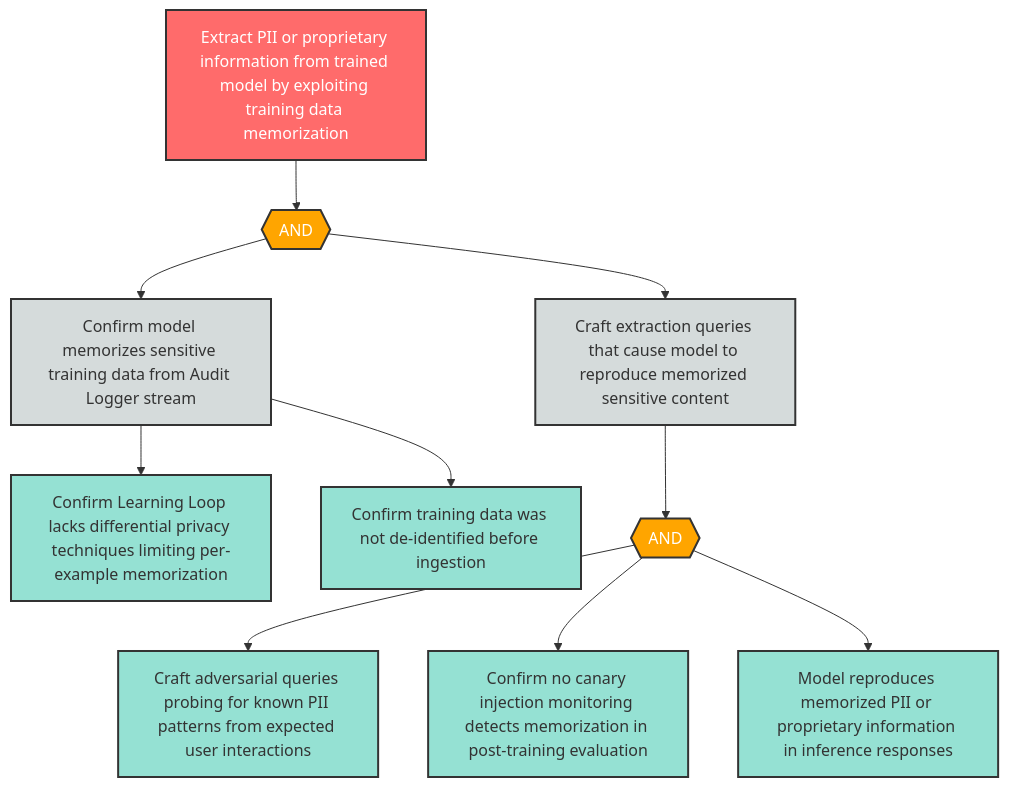
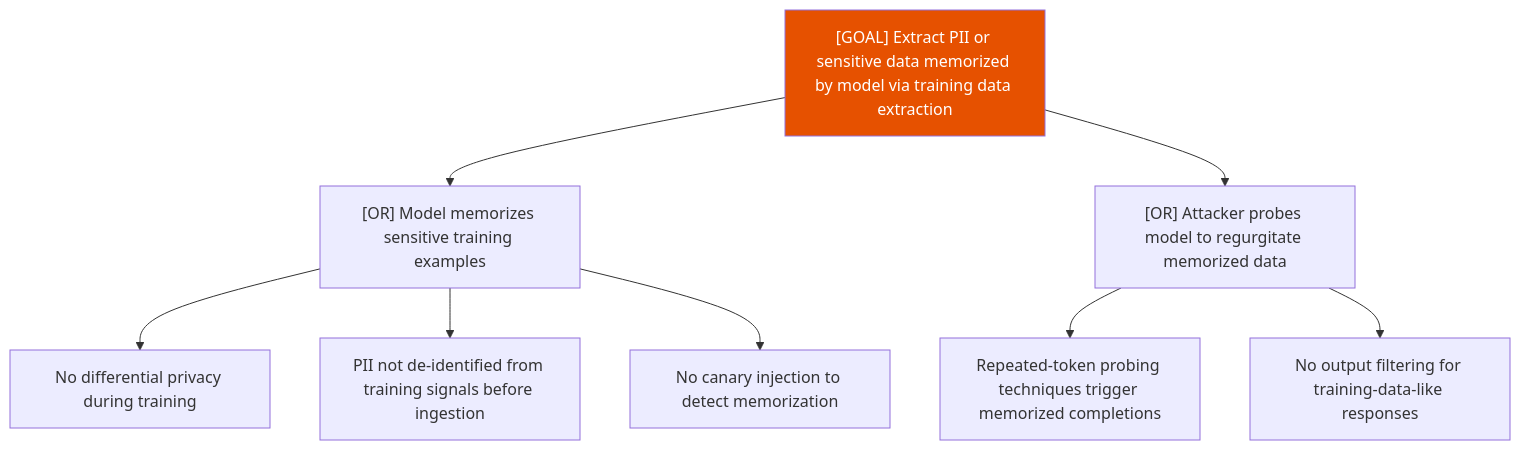
The diagram in examples/agentic-app/sample-report/attack-trees/i-8-attack-tree.md (q-qp-p/davidmatousek-tachi), drawn with Mermaid before and after one commit. The commit also changed other lines of this file and 132 other files, not shown here.

````diff
--- a/examples/agentic-app/sample-report/attack-trees/i-8-attack-tree.md
+++ b/examples/agentic-app/sample-report/attack-trees/i-8-attack-tree.md
@@ -8,34 +7,13 @@
 ```mermaid
-flowchart TD
-    I8_root["Extract PII or proprietary information from trained model by exploiting training data memorization"]
-    I8_and1{{"AND"}}
-    I8_sub1["Confirm model memorizes sensitive training data from Audit Logger stream"]
-    I8_sub2["Craft extraction queries that cause model to reproduce memorized sensitive content"]
-    I8_leaf1["Confirm Learning Loop lacks differential privacy techniques limiting per-example memorization"]
-    I8_leaf2["Confirm training data was not de-identified before ingestion"]
-    I8_and2{{"AND"}}
-    I8_leaf3["Craft adversarial queries probing for known PII patterns from expected user interactions"]
-    I8_leaf4["Confirm no canary injection monitoring detects memorization in post-training evaluation"]
-    I8_leaf5["Model reproduces memorized PII or proprietary information in inference responses"]
-
-    I8_root --> I8_and1
-    I8_and1 --> I8_sub1
-    I8_and1 --> I8_sub2
-    I8_sub1 --> I8_leaf1
-    I8_sub1 --> I8_leaf2
-    I8_sub2 --> I8_and2
-    I8_and2 --> I8_leaf3
-    I8_and2 --> I8_leaf4
-    I8_and2 --> I8_leaf5
-
-    classDef goal fill:#ff6b6b,stroke:#333,stroke-width:2px,color:#fff
-    classDef andGate fill:#ffa500,stroke:#333,stroke-width:2px,color:#fff
-    classDef orGate fill:#4ecdc4,stroke:#333,stroke-width:2px,color:#fff
-    classDef subGoal fill:#d5dbdb,stroke:#333,stroke-width:2px,color:#333
-    classDef leaf fill:#95e1d3,stroke:#333,stroke-width:2px,color:#333
-
-    class I8_root goal
-    class I8_and1,I8_and2 andGate
-    class I8_sub1,I8_sub2 subGoal
-    class I8_leaf1,I8_leaf2,I8_leaf3,I8_leaf4,I8_leaf5 leaf
+graph TD
+    Goal["[GOAL] Extract PII or sensitive data memorized by model via training data extraction"]
+    Goal --> A["[OR] Model memorizes sensitive training examples"]
+    A --> A1["No differential privacy during training"]
+    A --> A2["PII not de-identified from training signals before ingestion"]
+    A --> A3["No canary injection to detect memorization"]
+    Goal --> B["[OR] Attacker probes model to regurgitate memorized data"]
+    B --> B1["Repeated-token probing techniques trigger memorized completions"]
+    B --> B2["No output filtering for training-data-like responses"]
+    classDef high fill:#e65100,color:#fff
+    class Goal high
 ```
````
